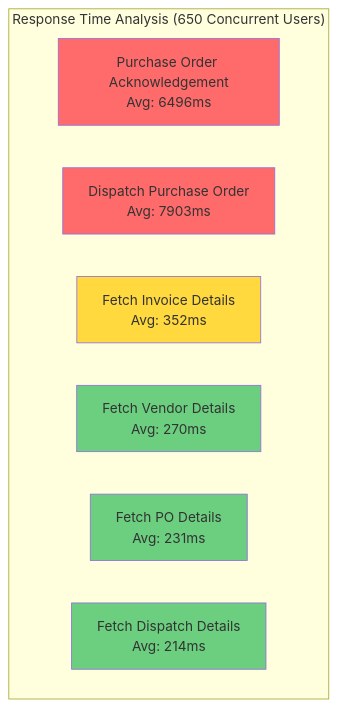
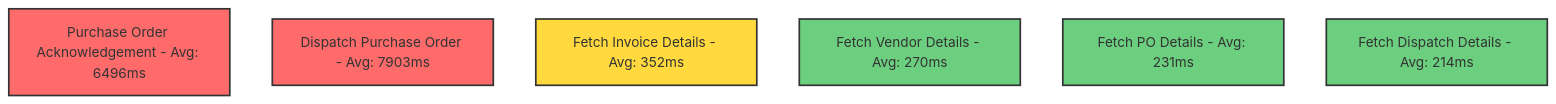
Before and after one commit to gohilmahaveer/json-format-service: the first of 5 diagrams in vendor-portal-report.md, drawn with Mermaid. The commit also changed other lines of this file, not shown here.

````diff
--- a/vendor-portal-report.md
+++ b/vendor-portal-report.md
@@ -53,18 +55,16 @@
 ```mermaid
-graph TB
-    subgraph "Response Time Analysis (650 Concurrent Users)"
-        A[Purchase Order Acknowledgement<br/>Avg: 6496ms] 
-        B[Dispatch Purchase Order<br/>Avg: 7903ms]
-        C[Fetch Invoice Details<br/>Avg: 352ms]
-        D[Fetch Vendor Details<br/>Avg: 270ms]
-        E[Fetch PO Details<br/>Avg: 231ms]
-        F[Fetch Dispatch Details<br/>Avg: 214ms]
-    end
+flowchart TB
+    A[Purchase Order Acknowledgement - Avg: 6496ms] 
+    B[Dispatch Purchase Order - Avg: 7903ms]
+    C[Fetch Invoice Details - Avg: 352ms]
+    D[Fetch Vendor Details - Avg: 270ms]
+    E[Fetch PO Details - Avg: 231ms]
+    F[Fetch Dispatch Details - Avg: 214ms]
     
-    style A fill:#ff6b6b
-    style B fill:#ff6b6b
-    style C fill:#ffd93d
-    style D fill:#6bcf7f
-    style E fill:#6bcf7f
-    style F fill:#6bcf7f
+    style A fill:#ff6b6b,stroke:#333,stroke-width:2px
+    style B fill:#ff6b6b,stroke:#333,stroke-width:2px
+    style C fill:#ffd93d,stroke:#333,stroke-width:2px
+    style D fill:#6bcf7f,stroke:#333,stroke-width:2px
+    style E fill:#6bcf7f,stroke:#333,stroke-width:2px
+    style F fill:#6bcf7f,stroke:#333,stroke-width:2px
 ```
````
